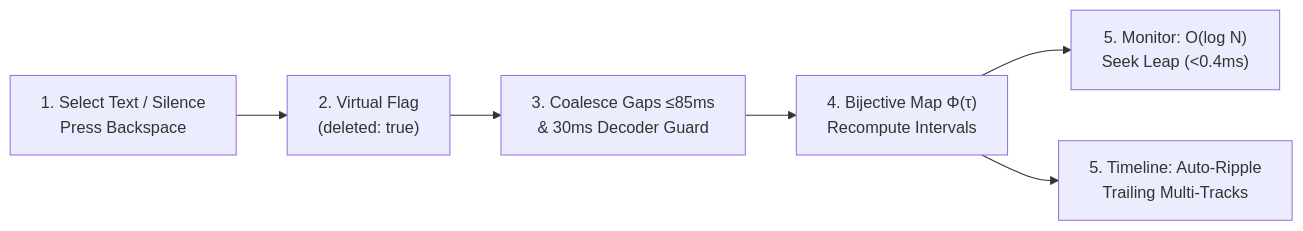
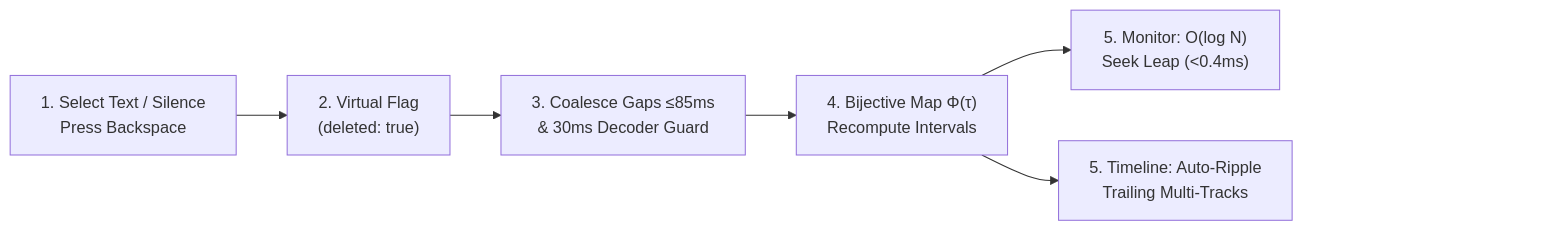
Before and after one commit to aksjc2023-code/scarlet-rewrite: the fourth of 4 diagrams in README.md, drawn with Mermaid. The commit also changed other lines of this file, not shown here.

Commit message:
docs: add invisible right margin spacers to all Mermaid workflow diagrams to prevent GitHub interactive buttons from overlapping content

````diff
--- a/README.md
+++ b/README.md
@@ -215,8 +226,12 @@
 ```mermaid
 flowchart LR
     Select["1. Select Text / Silence\nPress Backspace"] --> Flag["2. Virtual Flag\n(deleted: true)"]
     Flag --> Coalesce["3. Coalesce Gaps ≤85ms\n& 30ms Decoder Guard"]
     Coalesce --> Map["4. Bijective Map Φ(τ)\nRecompute Intervals"]
     Map --> Leap["5. Monitor: O(log N)\nSeek Leap (<0.4ms)"]
     Map --> Ripple["5. Timeline: Auto-Ripple\nTrailing Multi-Tracks"]
+
+    Leap ~~~ Pad3["&nbsp;&nbsp;&nbsp;&nbsp;&nbsp;&nbsp;&nbsp;&nbsp;&nbsp;&nbsp;&nbsp;&nbsp;&nbsp;&nbsp;&nbsp;&nbsp;&nbsp;&nbsp;&nbsp;&nbsp;&nbsp;&nbsp;&nbsp;&nbsp;&nbsp;&nbsp;&nbsp;&nbsp;&nbsp;&nbsp;&nbsp;&nbsp;"]
+    Ripple ~~~ Pad3
+    style Pad3 fill:none,stroke:none,color:none
 ```
````
